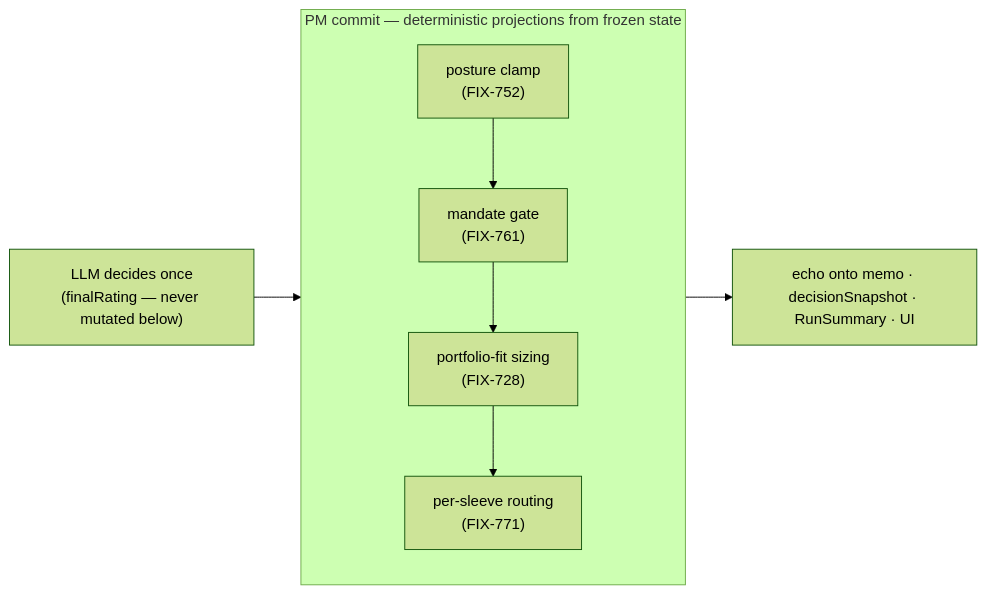
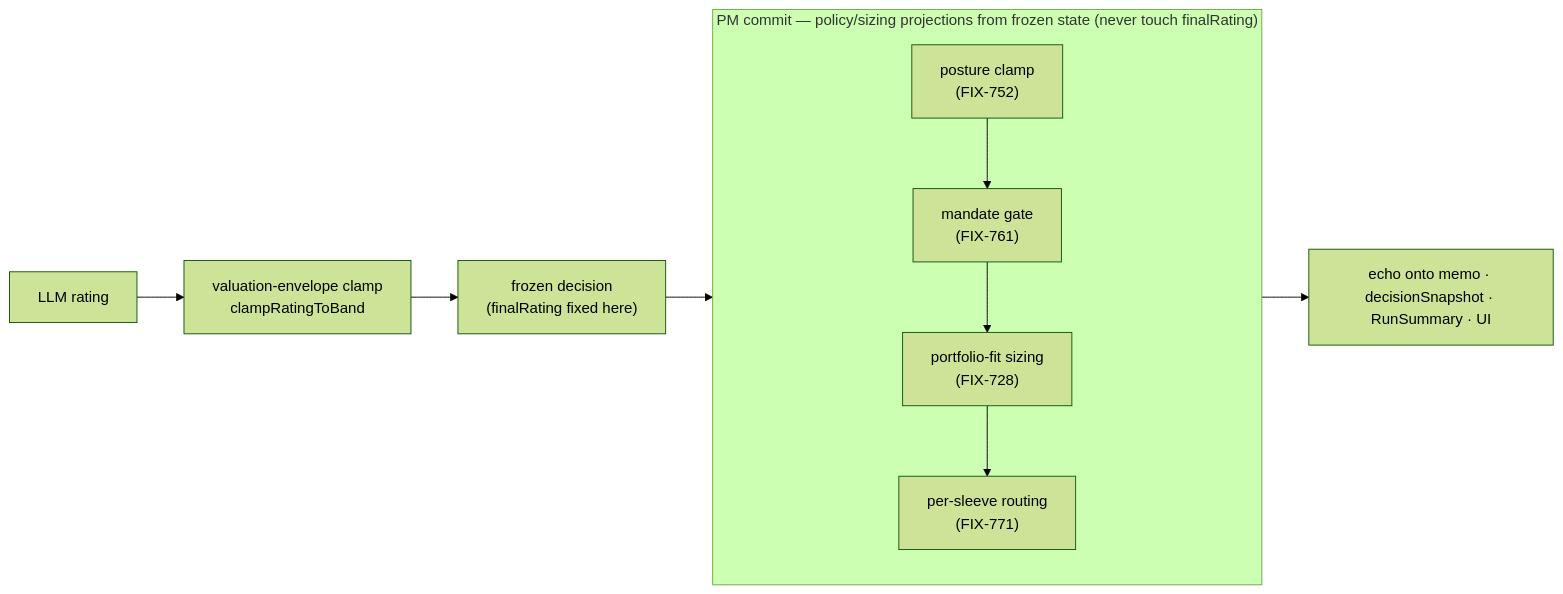
One commit to fixpoint-labs/flow-state-dev changed the first of 2 diagrams in docs/specs/_epics/portfolio-system-of-record.md. Above: the diagram before and after it, drawn with Mermaid (forest theme). The commit also changed other lines of this file, not shown here.

First line of the commit message:
docs(epic): scope the T2 rating invariant to policy/sizing

````diff
--- a/docs/specs/_epics/portfolio-system-of-record.md
+++ b/docs/specs/_epics/portfolio-system-of-record.md
@@ -49,9 +51,10 @@
 ```mermaid
 flowchart LR
-  LLM["LLM decides once<br/>(finalRating — never mutated below)"] --> COMMIT
-  subgraph COMMIT["PM commit — deterministic projections from frozen state"]
+  LLM["LLM rating"] --> CLAMP["valuation-envelope clamp<br/>clampRatingToBand"] --> FROZEN["frozen decision<br/>(finalRating fixed here)"]
+  FROZEN --> COMMIT
+  subgraph COMMIT["PM commit — policy/sizing projections from frozen state (never touch finalRating)"]
     direction TB
     POS["posture clamp<br/>(FIX-752)"] --> MAN["mandate gate<br/>(FIX-761)"] --> FIT["portfolio-fit sizing<br/>(FIX-728)"] --> SLV["per-sleeve routing<br/>(FIX-771)"]
   end
   COMMIT --> ECHO["echo onto memo · decisionSnapshot · RunSummary · UI"]
 ```
````
